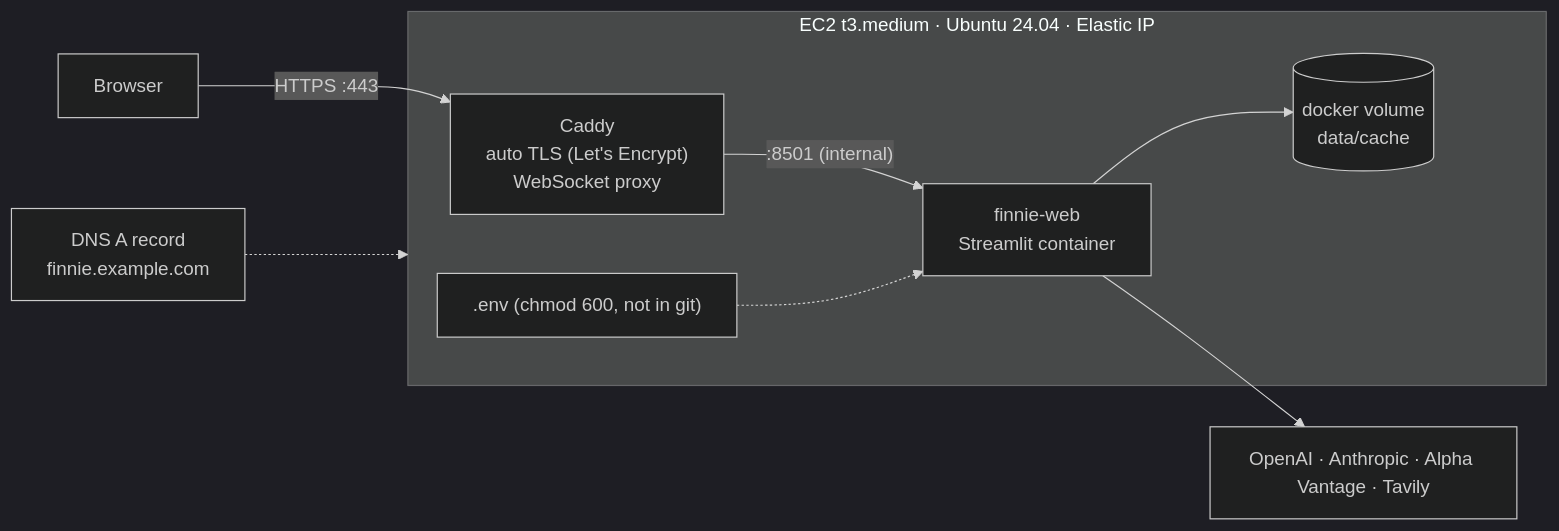
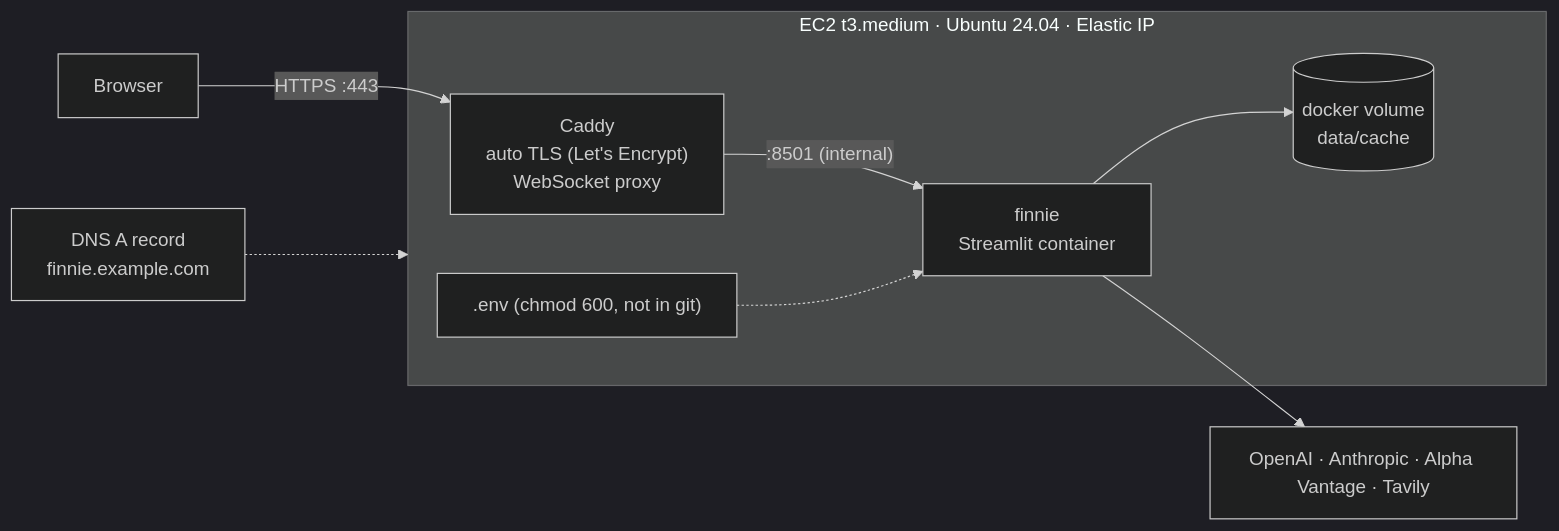
One commit to adammazhar/finnie-ai-finance-assistant changed the fifth of 6 diagrams in docs/DESIGN.md. Above: the diagram before and after it, drawn with Mermaid (dark theme). The commit also changed other lines of this file and 21 other files, not shown here.

````diff
--- a/docs/DESIGN.md
+++ b/docs/DESIGN.md
@@ -868,11 +888,11 @@
 ```mermaid
 flowchart LR
     U[Browser] -- "HTTPS :443" --> CADDY["Caddy<br/>auto TLS (Let's Encrypt)<br/>WebSocket proxy"]
     subgraph EC2["EC2 t3.medium · Ubuntu 24.04 · Elastic IP"]
-        CADDY -- ":8501 (internal)" --> WEB["finnie-web<br/>Streamlit container"]
+        CADDY -- ":8501 (internal)" --> WEB["finnie<br/>Streamlit container"]
         WEB --> VOL[("docker volume<br/>data/cache")]
         ENV[".env (chmod 600, not in git)"] -.-> WEB
     end
     DNS["DNS A record<br/>finnie.example.com"] -.-> EC2
     WEB --> APIs["OpenAI · Anthropic · Alpha Vantage · Tavily"]
 ```
````
